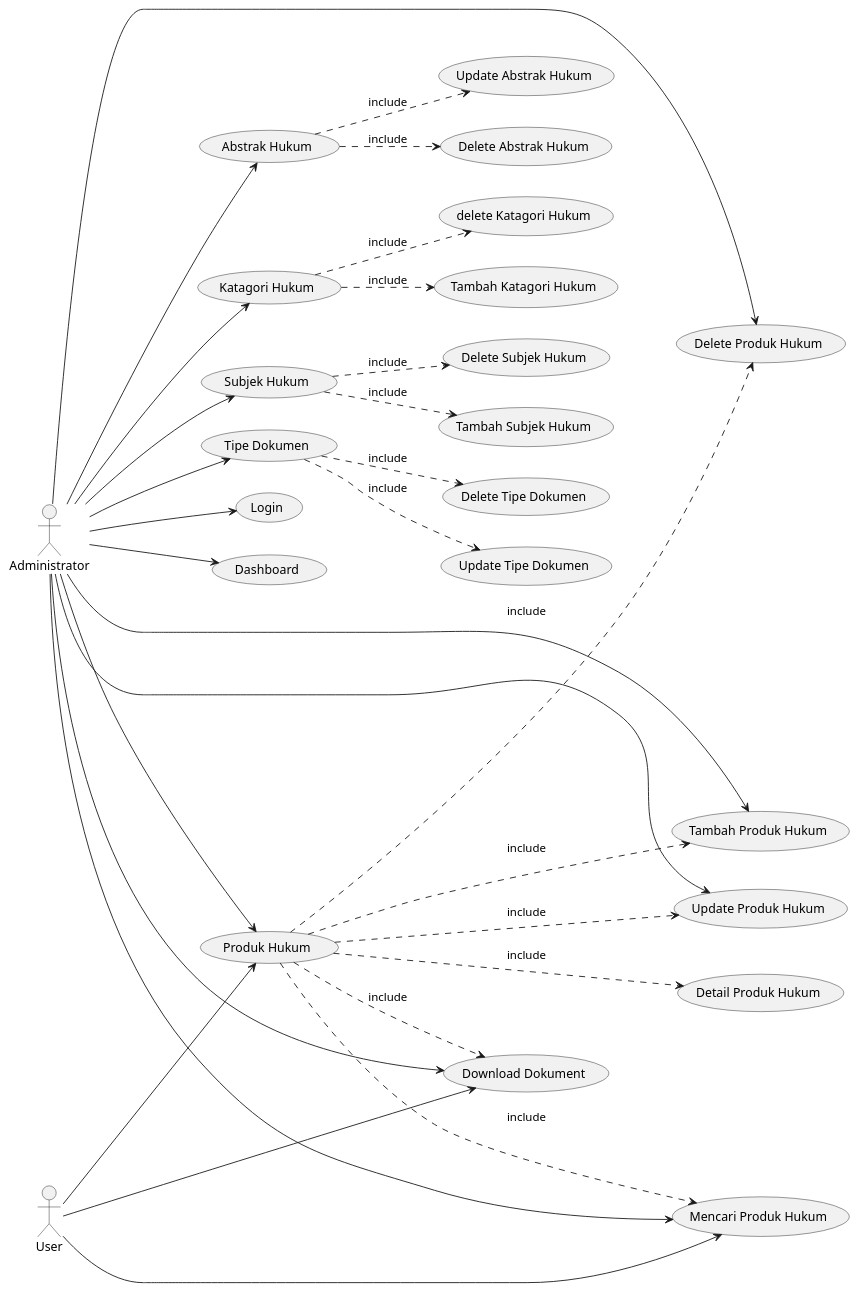
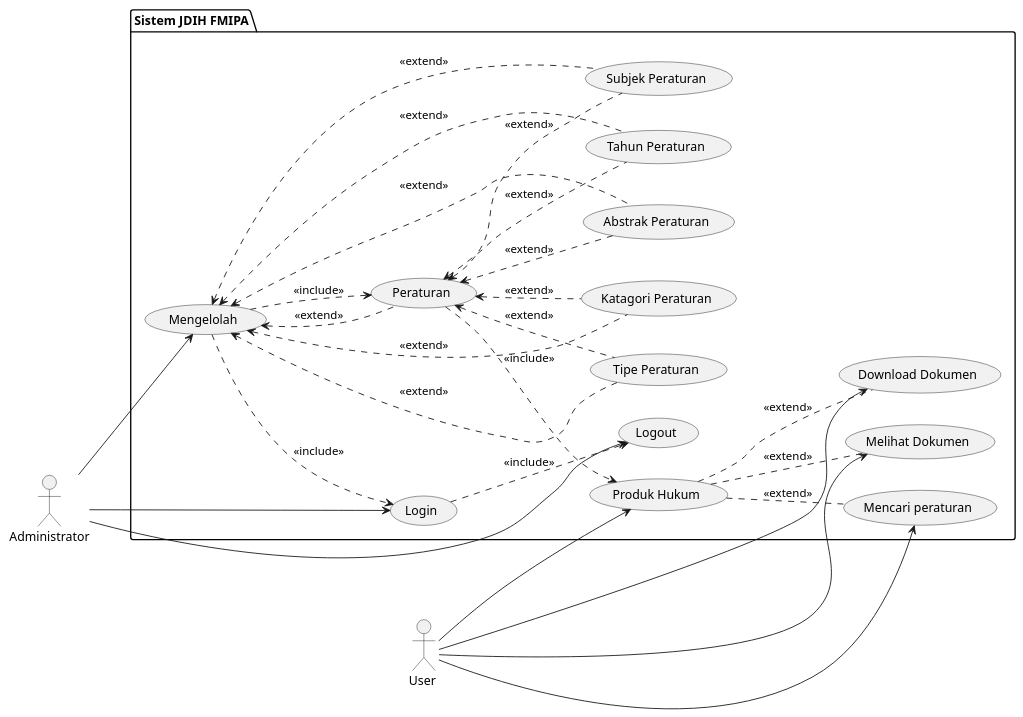
One commit to MIRLANI/JDIH_App_11 changed the diagram in Desain Aplikasi/UseCaseDiagram.pu. Above: the diagram before and after it, drawn with PlantUML. The commit also changed 46 other files, not shown here.

```diff
--- a/Desain Aplikasi/UseCaseDiagram.pu
+++ b/Desain Aplikasi/UseCaseDiagram.pu
@@ -1,83 +1,62 @@
 @startuml
+
 
 left to right direction
 
-actor "Administrator" as admin
-actor "User" as user
+:Administrator: as  admin
+:User : as user
+
+package "Sistem JDIH FMIPA" {
+
+    usecase "Login" as login
+    usecase "Logout" as logout
+    usecase "Peraturan" as peraturan
+    usecase "Tahun Peraturan" as tahunPeraturan
+    usecase "Subjek Peraturan" as subjekPeraturan
+    usecase "Tipe Peraturan" as tipePeraturan
+    usecase "Katagori Peraturan" as katagoriPeraturan
+    usecase "Abstrak Peraturan" as abstrakPeraturan
+    usecase "Mengelolah" as mengelolah
+
+    usecase "Download Dokumen" as downloadDokumen
+    usecase "Melihat Dokumen" as melihatDokumen
+    usecase "Produk Hukum" as produkHukum
+    usecase "Mencari peraturan" as mencariPeraturan
+}
 
 
 
-    usecase "Download Dokument" as Dokument
-    usecase "Mencari Produk Hukum" as SearchProduk
+
+admin --> mengelolah
+admin --> login
+admin --> logout
+login  ..> logout : <<include>>
+mengelolah <.. abstrakPeraturan: <<extend>>
+mengelolah <.. subjekPeraturan: <<extend>>
+mengelolah <.. tipePeraturan: <<extend>>
+mengelolah <.. katagoriPeraturan: <<extend>>
+mengelolah <.. peraturan: <<extend>>
+mengelolah <.. tahunPeraturan: <<extend>>
+mengelolah ..> login: <<include>>
+mengelolah ..> peraturan : <<include>>
 
 
 
-    usecase "Login" as login
-    usecase "Dashboard" as dashboard
-
-    usecase "Katagori Hukum" as Katagori
-    usecase "Tambah Katagori Hukum" as tambahKatagori
-    usecase "delete Katagori Hukum" as deleteKatagori
-
-    usecase "Subjek Hukum" as Subjek
-    usecase "Tambah Subjek Hukum" as tambahSubjek
-    usecase "Delete Subjek Hukum" as deleteSubjek
-
-    usecase "Tipe Dokumen" as Tipe
-    usecase "Update Tipe Dokumen" as deleteTipe
-    usecase "Delete Tipe Dokumen" as updateTipe
-
-    usecase "Produk Hukum" as Produk
-    usecase "Tambah Produk Hukum" as tambahProduk
-    usecase "Delete Produk Hukum" as deleteProduk
-    usecase "Update Produk Hukum" as updateProduk
-    usecase "Detail Produk Hukum" as detailProduk
-
-    usecase "Abstrak Hukum" as Abstrak
-    usecase "Delete Abstrak Hukum" as deleteAbstrak
-    usecase "Update Abstrak Hukum" as updateAbstrak
+peraturan <.. tahunPeraturan : <<extend>>
+peraturan <.. abstrakPeraturan : <<extend>>
+peraturan <.. subjekPeraturan : <<extend>>
+peraturan <.. tipePeraturan : <<extend>>
+peraturan <.. katagoriPeraturan : <<extend>>
+peraturan  ..> produkHukum : <<include>>
 
 
+produkHukum .. mencariPeraturan : <<extend>>
+produkHukum .. downloadDokumen : <<extend>>
+produkHukum .. melihatDokumen : <<extend>>
 
-admin ---> login
-admin ---> dashboard
-admin ---> Katagori
-Katagori ..> tambahKatagori : include
-Katagori ..> deleteKatagori : include
-
-admin ---> Subjek
-Subjek ..> tambahSubjek : include
-Subjek ..> deleteSubjek : include
-
-admin ---> Tipe
-Tipe ..> deleteTipe : include
-Tipe ..> updateTipe : include
-
-
-admin ---> Abstrak
-Abstrak ..> updateAbstrak : include
-Abstrak ..> deleteAbstrak : include
-
-
-admin ---> Produk
-admin ---> Dokument
-admin ---> SearchProduk
-admin ---> updateProduk
-admin ---> deleteProduk
-admin ---> tambahProduk
-user --> Dokument
-
-Produk ...> tambahProduk : include
-Produk ...> deleteProduk : include
-Produk ...> updateProduk : include
-Produk ...> SearchProduk : include
-Produk ...> detailProduk : include
-Produk ..> Dokument : include 
-
-
-
-user ---> Produk
-user ---> SearchProduk
-
+user --> downloadDokumen
+user --> melihatDokumen
+user --> produkHukum
+user --> mencariPeraturan
 
 @enduml
```
